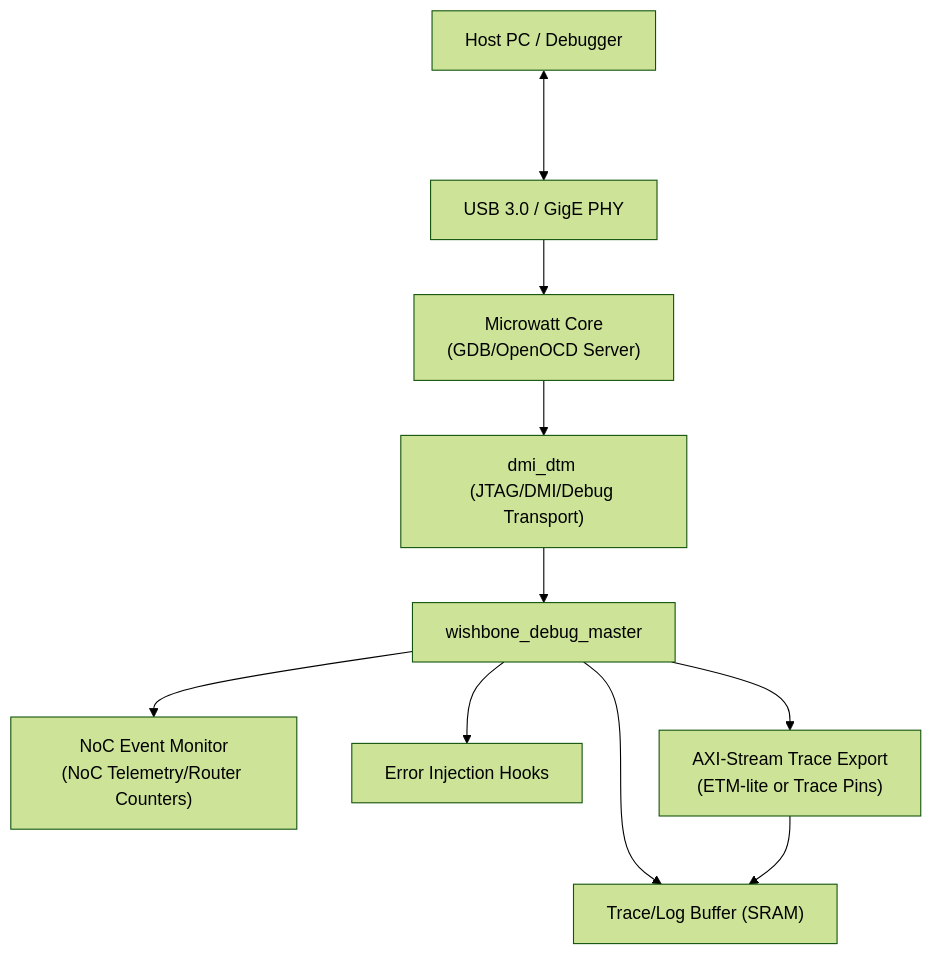
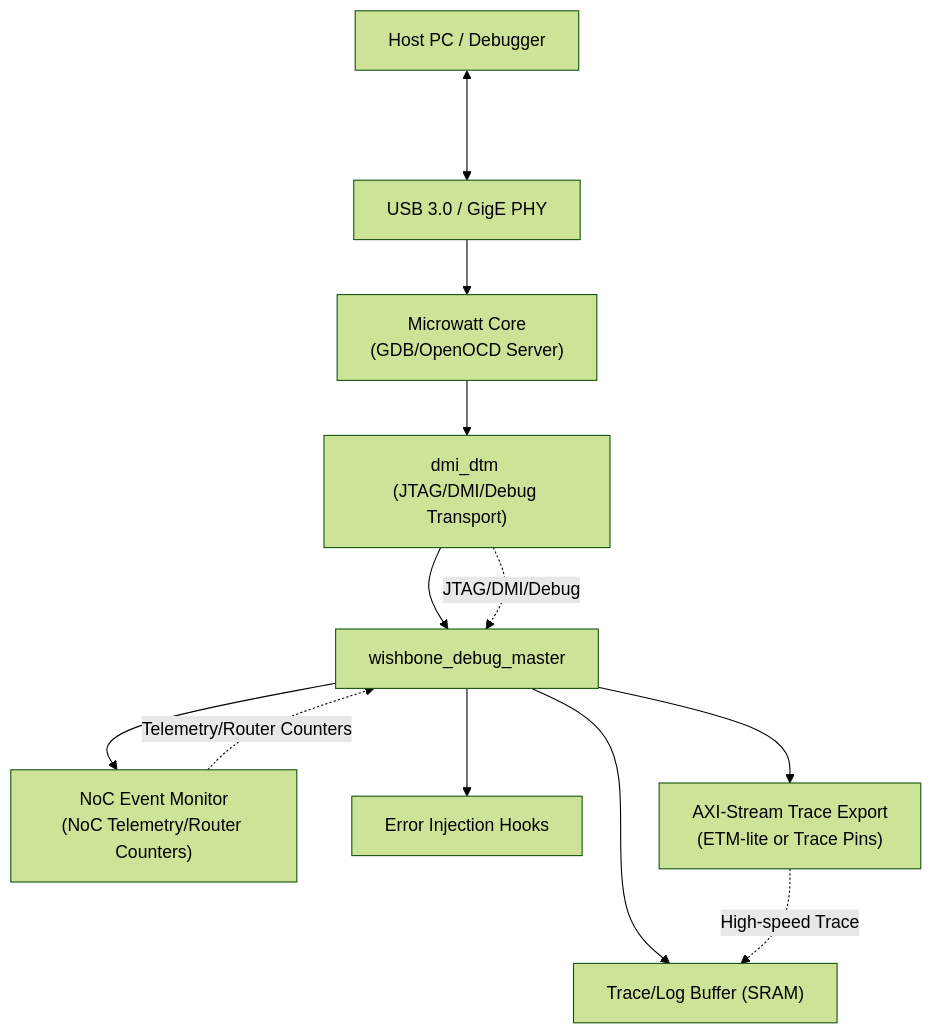
The diagram in README.md (blue67chillout/Microwatt-Based-Hardware-Debugger-SoC), drawn with Mermaid (forest theme) before and after one commit.

````diff
--- a/README.md
+++ b/README.md
@@ -63,25 +63,33 @@
 ```mermaid
 flowchart TD
 HostPC["Host PC / Debugger"]
 PHY["USB 3.0 / GigE PHY"]
 MicrowattCore["Microwatt Core\n(GDB/OpenOCD Server)"]
 DTM["dmi_dtm (JTAG/DMI/Debug Transport)"]
 DebugMaster["wishbone_debug_master"]
 NoCMon["NoC Event Monitor\n(NoC Telemetry/Router Counters)"]
 ErrorInject["Error Injection Hooks"]
 TraceBuffer["Trace/Log Buffer (SRAM)"]
 AXITrace["AXI-Stream Trace Export\n(ETM-lite or Trace Pins)"]
 
+%% Connections
 HostPC <---> PHY
 PHY --> MicrowattCore
+
 MicrowattCore --> DTM
 DTM --> DebugMaster
+
 DebugMaster --> NoCMon
 DebugMaster --> ErrorInject
 DebugMaster --> TraceBuffer
 DebugMaster --> AXITrace
-AXITrace --> TraceBuffer
+
+%% Attach points annotations
+DTM -.->|JTAG/DMI/Debug| DebugMaster
+NoCMon -.->|Telemetry/Router Counters| DebugMaster
+AXITrace -.->|High-speed Trace| TraceBuffer
+
 
 
 
 ```
````
